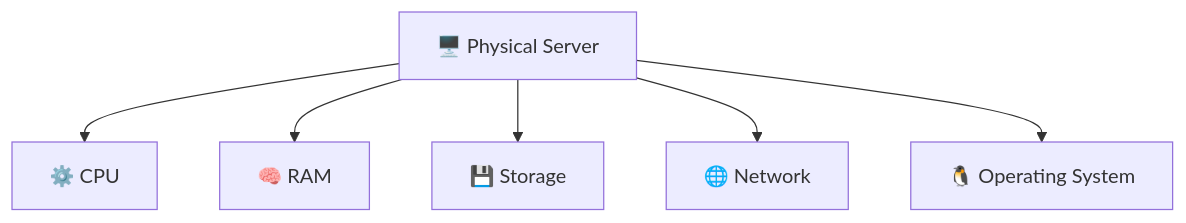
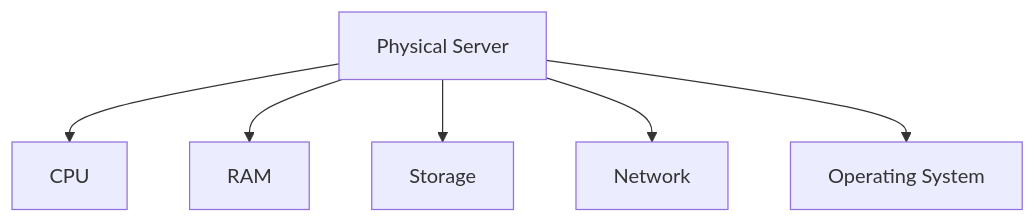
Before and after one commit to Yuvii2102/My-Devops-Cloud-Journey: the sixth of 31 diagrams in DevOps-Labs-and-Projects/ Day-01 to Day-06/README.md, drawn with Mermaid. The commit also changed other lines of this file, not shown here.

````diff
--- a/DevOps-Labs-and-Projects/ Day-01 to Day-06/README.md
+++ b/DevOps-Labs-and-Projects/ Day-01 to Day-06/README.md
@@ -216,16 +179,9 @@
 ```mermaid
 flowchart TD
-    SERVER["🖥️ Physical Server"]
-
-    CPU["⚙️ CPU"]
-    RAM["🧠 RAM"]
-    STORAGE["💾 Storage"]
-    NETWORK["🌐 Network"]
-    OS["🐧 Operating System"]
-
-    SERVER --> CPU
-    SERVER --> RAM
-    SERVER --> STORAGE
-    SERVER --> NETWORK
-    SERVER --> OS
+    S["Physical Server"]
+    S --> CPU["CPU"]
+    S --> RAM["RAM"]
+    S --> DISK["Storage"]
+    S --> NET["Network"]
+    S --> OS["Operating System"]
 ```
````
